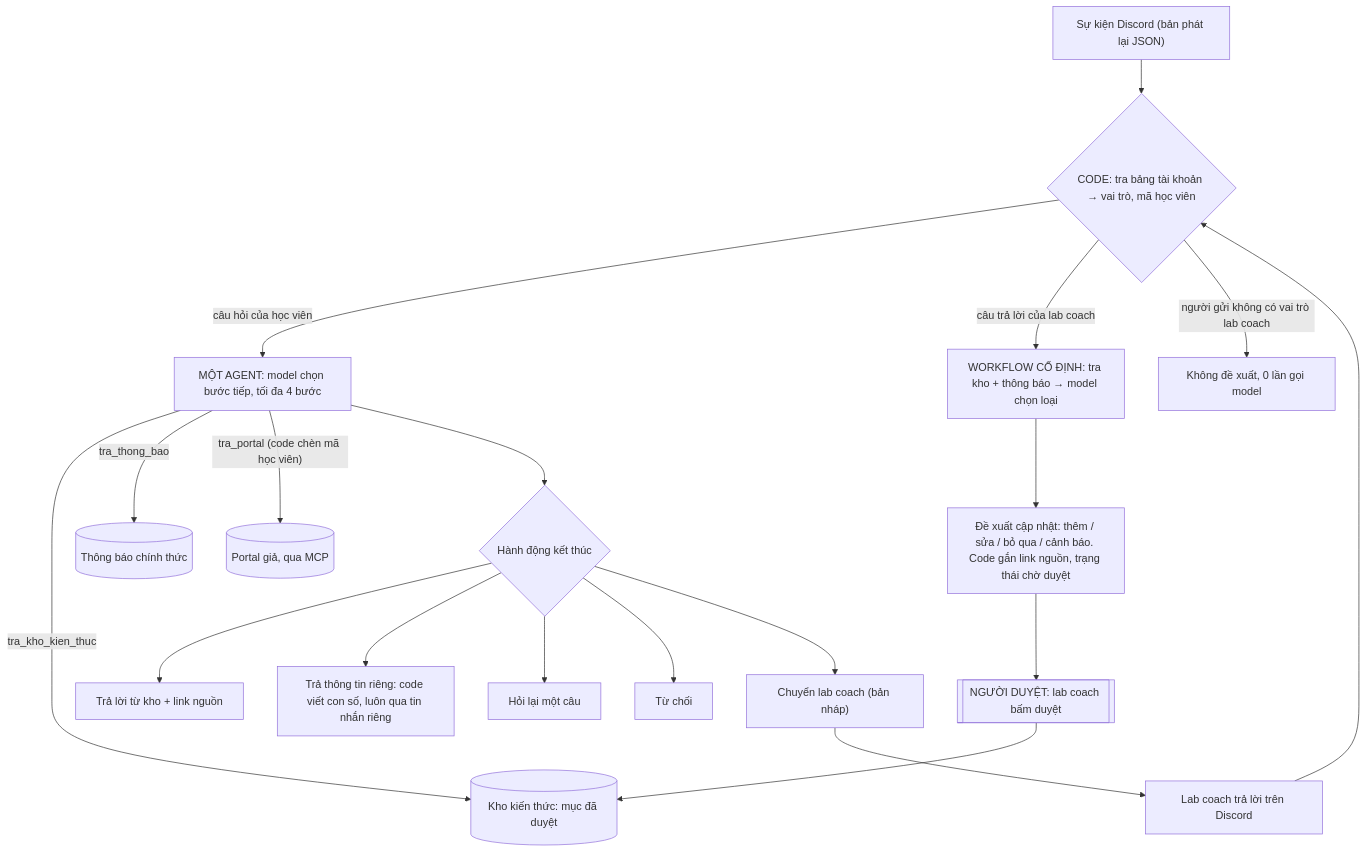
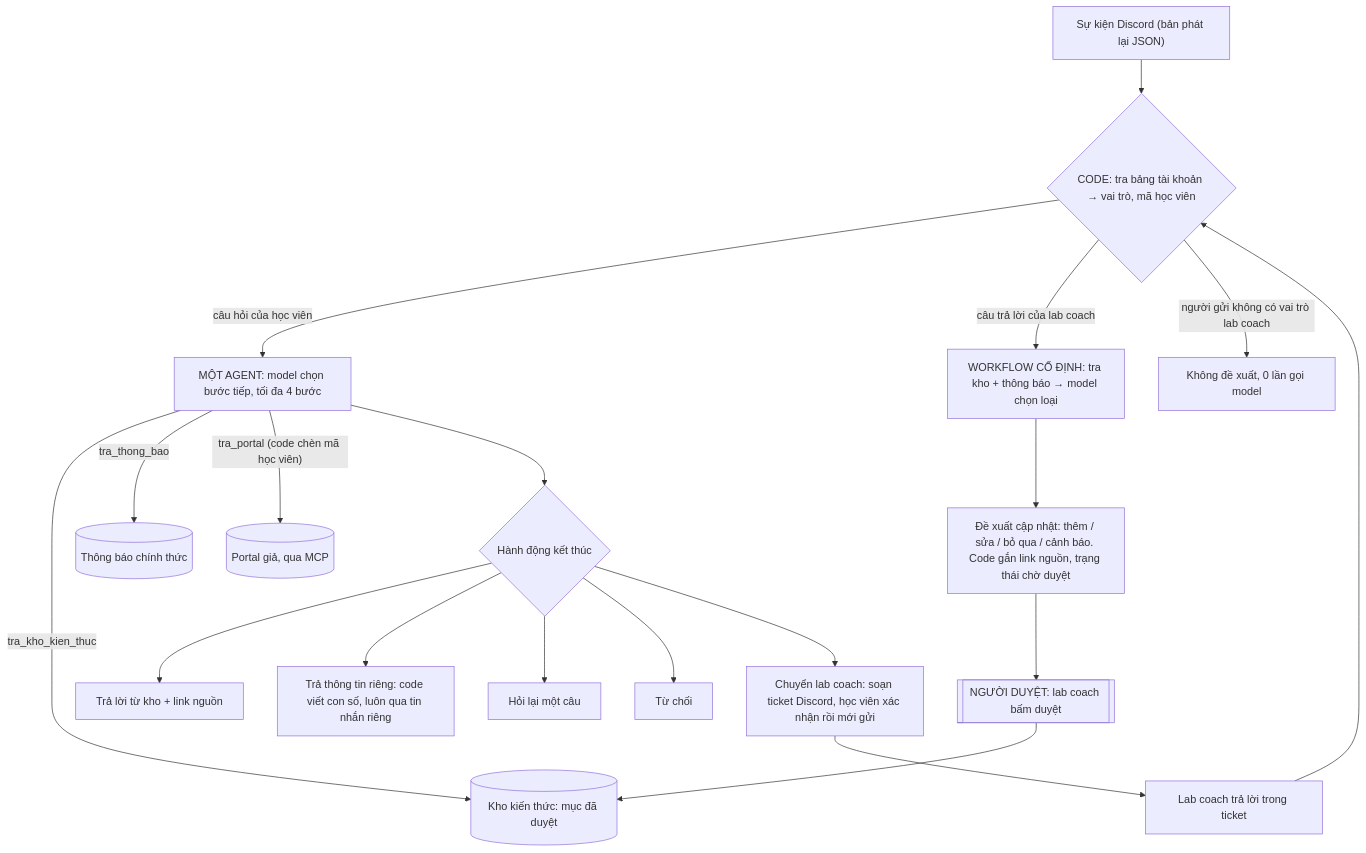
One commit to ToyzZone/K5-Day15-L3A-ThichVarCham changed the diagram in spec.md. Above: the diagram before and after it, drawn with Mermaid. The commit also changed other lines of this file and 4 other files, not shown here.

Commit message:
Chuyển lab coach bằng ticket Discord (công cụ tao_ticket, học viên xác nhận trước khi gửi)

````diff
--- a/spec.md
+++ b/spec.md
@@ -57,21 +57,21 @@
 ```mermaid
 flowchart TD
   D["Sự kiện Discord (bản phát lại JSON)"] --> V{"CODE: tra bảng tài khoản → vai trò, mã học viên"}
   V -->|"câu hỏi của học viên"| A["MỘT AGENT: model chọn bước tiếp, tối đa 4 bước"]
   A -->|"tra_kho_kien_thuc"| K[("Kho kiến thức: mục đã duyệt")]
   A -->|"tra_thong_bao"| T[("Thông báo chính thức")]
   A -->|"tra_portal (code chèn mã học viên)"| P[("Portal giả, qua MCP")]
   A --> R{"Hành động kết thúc"}
   R --> R1["Trả lời từ kho + link nguồn"]
   R --> R2["Trả thông tin riêng: code viết con số, luôn qua tin nhắn riêng"]
   R --> R3["Hỏi lại một câu"]
   R --> R4["Từ chối"]
-  R --> R5["Chuyển lab coach (bản nháp)"]
-  R5 --> C["Lab coach trả lời trên Discord"]
+  R --> R5["Chuyển lab coach: soạn ticket Discord, học viên xác nhận rồi mới gửi"]
+  R5 --> C["Lab coach trả lời trong ticket"]
   C --> V
   V -->|"câu trả lời của lab coach"| W["WORKFLOW CỐ ĐỊNH: tra kho + thông báo → model chọn loại"]
   V -->|"người gửi không có vai trò lab coach"| X["Không đề xuất, 0 lần gọi model"]
   W --> Q["Đề xuất cập nhật: thêm / sửa / bỏ qua / cảnh báo. Code gắn link nguồn, trạng thái chờ duyệt"]
   Q --> H[["NGƯỜI DUYỆT: lab coach bấm duyệt"]]
   H --> K
 ```
````
